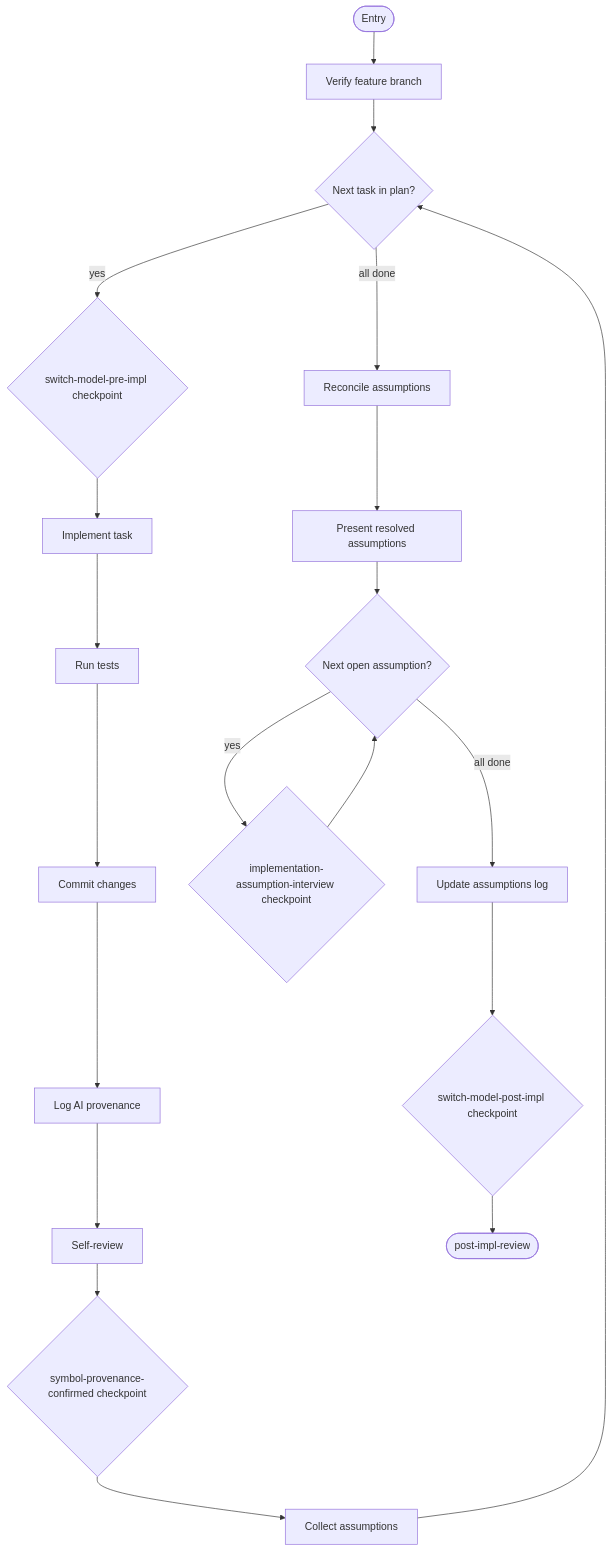
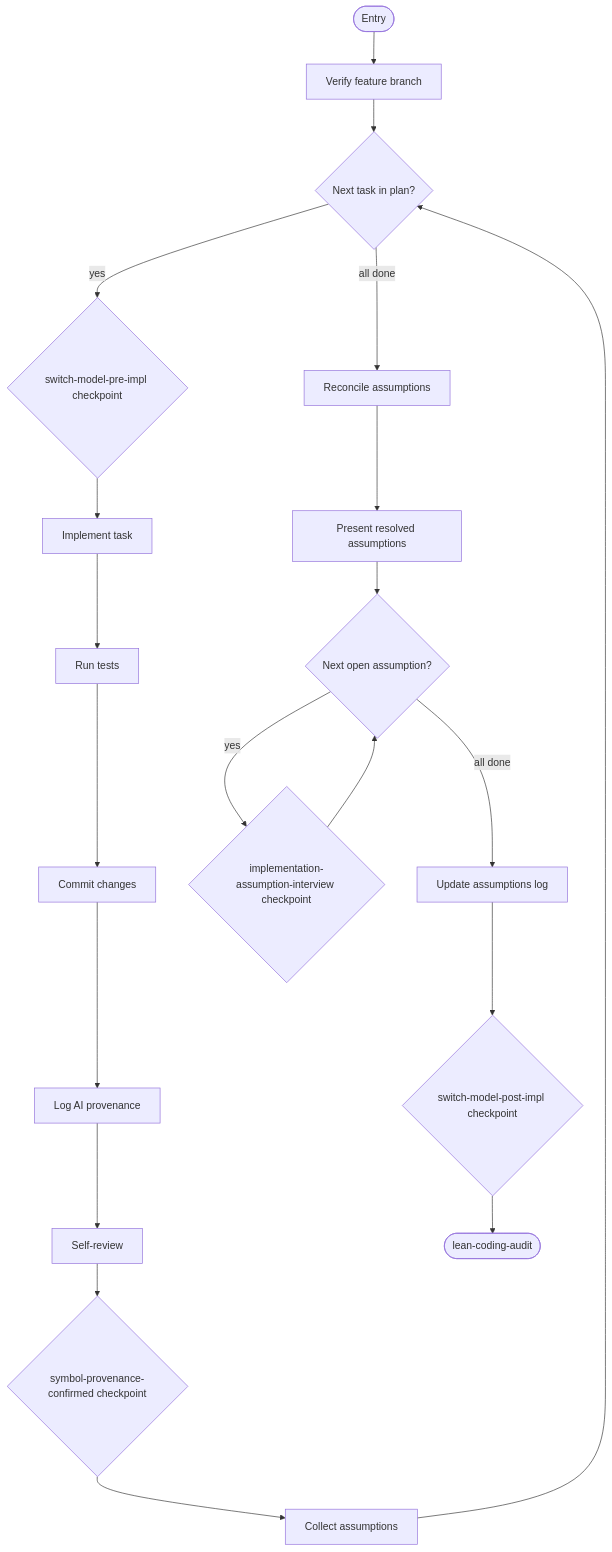
The ninth of 15 diagrams in work-package/activities/README.md (m2ux/workflow-server), drawn with Mermaid before and after one commit. The commit also changed other lines of this file and 12 other files, not shown here.

First line of the commit message:
feat(work-package): add post-implementation lean-coding-audit activity

````diff
--- a/work-package/activities/README.md
+++ b/work-package/activities/README.md
@@ -271,23 +271,23 @@
 ```mermaid
 graph TD
     entryNode(["Entry"]) --> verifyBranch["Verify feature branch"]
     verifyBranch --> nextTask{"Next task in plan?"}
     nextTask -->|"yes"| cpPreImpl{"switch-model-pre-impl checkpoint"}
     cpPreImpl --> implementTask["Implement task"]
     implementTask --> runTests["Run tests"]
     runTests --> commitChanges["Commit changes"]
     commitChanges --> logProvenance["Log AI provenance"]
     logProvenance --> selfReview["Self-review"]
     selfReview --> cpSymbol{"symbol-provenance-confirmed checkpoint"}
     cpSymbol --> collectAssumptions["Collect assumptions"]
     collectAssumptions --> nextTask
 
     nextTask -->|"all done"| reconcile["Reconcile assumptions"]
     reconcile --> presentResolved["Present resolved assumptions"]
     presentResolved --> interviewLoop{"Next open assumption?"}
     interviewLoop -->|"yes"| cpInterview{"implementation-assumption-interview checkpoint"}
     cpInterview --> interviewLoop
     interviewLoop -->|"all done"| updateLog["Update assumptions log"]
     updateLog --> cpPostImpl{"switch-model-post-impl checkpoint"}
-    cpPostImpl --> exitNode(["post-impl-review"])
+    cpPostImpl --> exitNode(["lean-coding-audit"])
 ```
````
